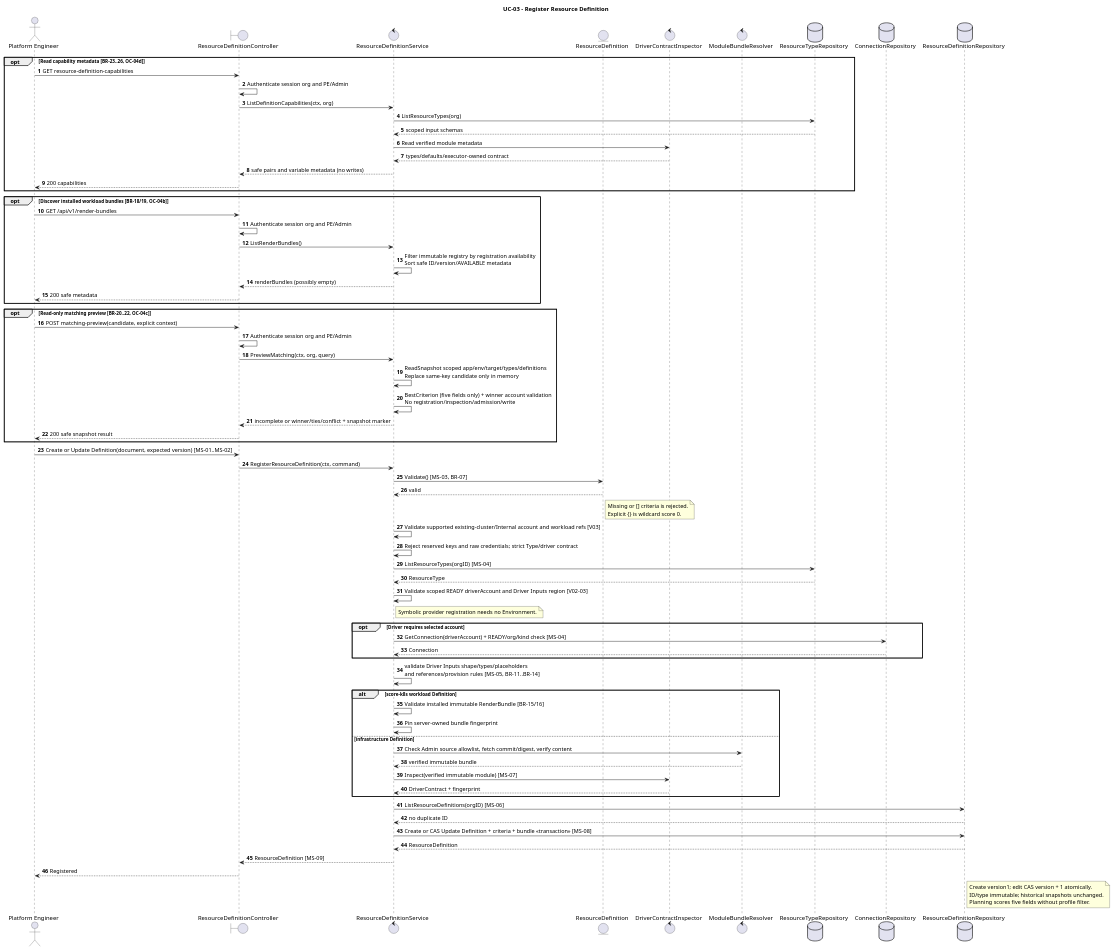
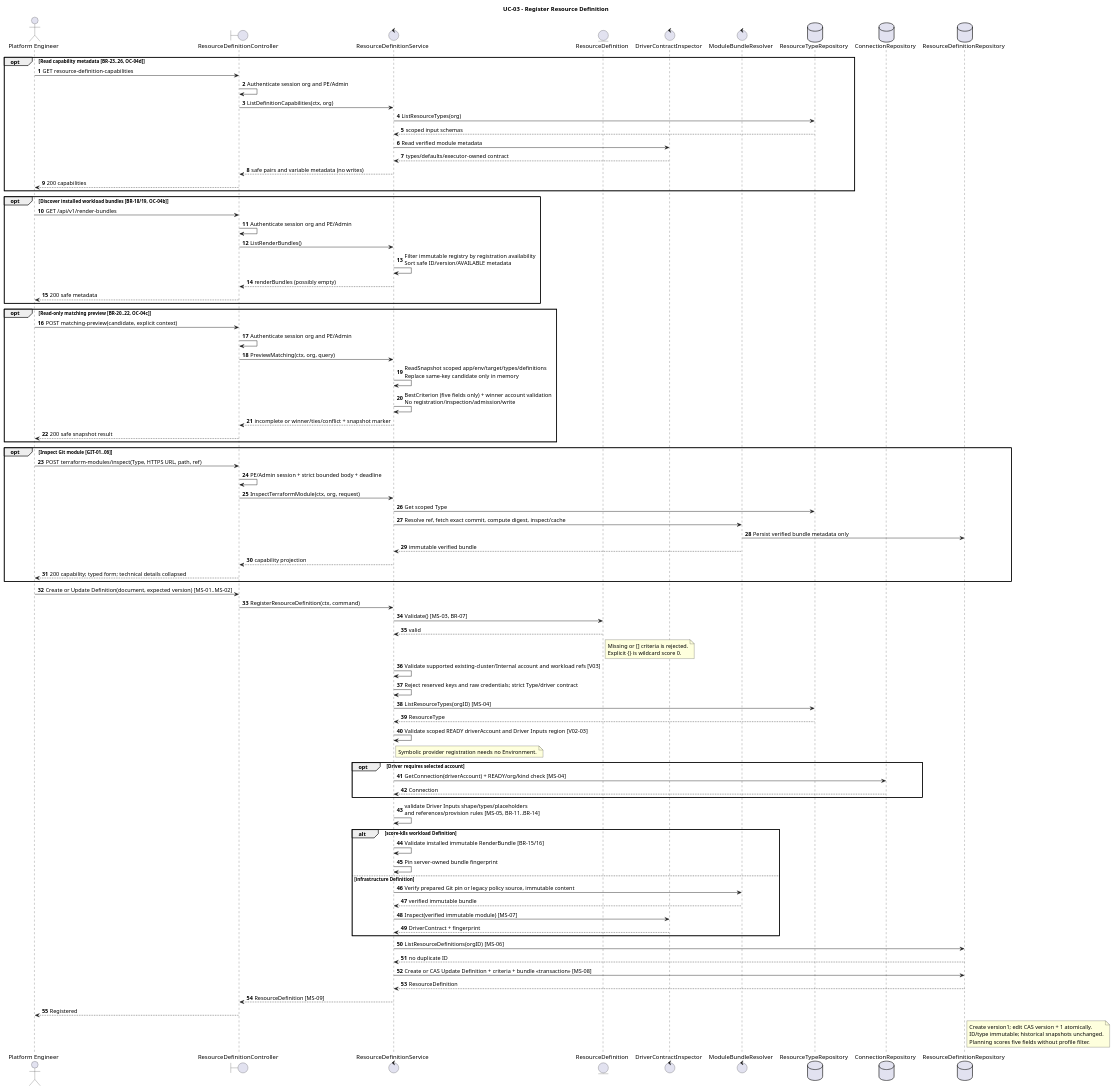
The diagram in orchestrator_docs/usecase/UC-03/sequence.puml (pr3s3nt/poc), drawn with PlantUML before and after one commit. The commit also changed 42 other files, not shown here.

First line of the commit message:
feat(catalog): add Terraform modules directly from Git

```diff
--- a/orchestrator_docs/usecase/UC-03/sequence.puml
+++ b/orchestrator_docs/usecase/UC-03/sequence.puml
@@ -1,85 +1,97 @@
 @startuml
 title UC-03 - Register Resource Definition
 autonumber
 actor "Platform Engineer" as PE
 boundary ResourceDefinitionController as API
 control ResourceDefinitionService as Service
 entity ResourceDefinition as Validator
 control DriverContractInspector as Inspector
 control ModuleBundleResolver as Modules
 database ResourceTypeRepository as TypeRepo
 database ConnectionRepository as ConnectionRepo
 database ResourceDefinitionRepository as DefinitionRepo
 
 opt Read capability metadata [BR-23..26, OC-04d]
 PE -> API: GET resource-definition-capabilities
 API -> API: Authenticate session org and PE/Admin
 API -> Service: ListDefinitionCapabilities(ctx, org)
 Service -> TypeRepo: ListResourceTypes(org)
 TypeRepo --> Service: scoped input schemas
 Service -> Inspector: Read verified module metadata
 Inspector --> Service: types/defaults/executor-owned contract
 Service --> API: safe pairs and variable metadata (no writes)
 API --> PE: 200 capabilities
 end
 
 opt Discover installed workload bundles [BR-18/19, OC-04b]
 PE -> API: GET /api/v1/render-bundles
 API -> API: Authenticate session org and PE/Admin
 API -> Service: ListRenderBundles()
 Service -> Service: Filter immutable registry by registration availability\nSort safe ID/version/AVAILABLE metadata
 Service --> API: renderBundles (possibly empty)
 API --> PE: 200 safe metadata
 end
 
 opt Read-only matching preview [BR-20..22, OC-04c]
 PE -> API: POST matching-preview(candidate, explicit context)
 API -> API: Authenticate session org and PE/Admin
 API -> Service: PreviewMatching(ctx, org, query)
 Service -> Service: ReadSnapshot scoped app/env/target/types/definitions\nReplace same-key candidate only in memory
 Service -> Service: BestCriterion (five fields only) + winner account validation\nNo registration/inspection/admission/write
 Service --> API: incomplete or winner/ties/conflict + snapshot marker
 API --> PE: 200 safe snapshot result
 end
 
+opt Inspect Git module [GIT-01..06]
+PE -> API: POST terraform-modules/inspect(Type, HTTPS URL, path, ref)
+API -> API: PE/Admin session + strict bounded body + deadline
+API -> Service: InspectTerraformModule(ctx, org, request)
+Service -> TypeRepo: Get scoped Type
+Service -> Modules: Resolve ref, fetch exact commit, compute digest, inspect/cache
+Modules -> DefinitionRepo: Persist verified bundle metadata only
+Modules --> Service: immutable verified bundle
+Service --> API: capability projection
+API --> PE: 200 capability; typed form; technical details collapsed
+end
+
 PE -> API: Create or Update Definition(document, expected version) [MS-01..MS-02]
 API -> Service: RegisterResourceDefinition(ctx, command)
 Service -> Validator: Validate() [MS-03, BR-07]
 Validator --> Service: valid
 note right of Validator
 Missing or [] criteria is rejected.
 Explicit {} is wildcard score 0.
 end note
 Service -> Service: Validate supported existing-cluster/Internal account and workload refs [V03]
 Service -> Service: Reject reserved keys and raw credentials; strict Type/driver contract
 Service -> TypeRepo: ListResourceTypes(orgID) [MS-04]
 TypeRepo --> Service: ResourceType
 Service -> Service: Validate scoped READY driverAccount and Driver Inputs region [V02-03]
 note right of Service: Symbolic provider registration needs no Environment.
 opt Driver requires selected account
 Service -> ConnectionRepo: GetConnection(driverAccount) + READY/org/kind check [MS-04]
 ConnectionRepo --> Service: Connection
 end
 Service -> Service: validate Driver Inputs shape/types/placeholders\nand references/provision rules [MS-05, BR-11..BR-14]
 alt score-k8s workload Definition
   Service -> Service: Validate installed immutable RenderBundle [BR-15/16]
   Service -> Service: Pin server-owned bundle fingerprint
 else infrastructure Definition
-  Service -> Modules: Check Admin source allowlist, fetch commit/digest, verify content
+  Service -> Modules: Verify prepared Git pin or legacy policy source, immutable content
   Modules --> Service: verified immutable bundle
   Service -> Inspector: Inspect(verified immutable module) [MS-07]
   Inspector --> Service: DriverContract + fingerprint
 end
 Service -> DefinitionRepo: ListResourceDefinitions(orgID) [MS-06]
 DefinitionRepo --> Service: no duplicate ID
 Service -> DefinitionRepo: Create or CAS Update Definition + criteria + bundle <<transaction>> [MS-08]
 DefinitionRepo --> Service: ResourceDefinition
 Service --> API: ResourceDefinition [MS-09]
 API --> PE: Registered
 note right of DefinitionRepo
 Create version1; edit CAS version + 1 atomically.
 ID/type immutable; historical snapshots unchanged.
 Planning scores five fields without profile filter.
 end note
 
 @enduml
```
